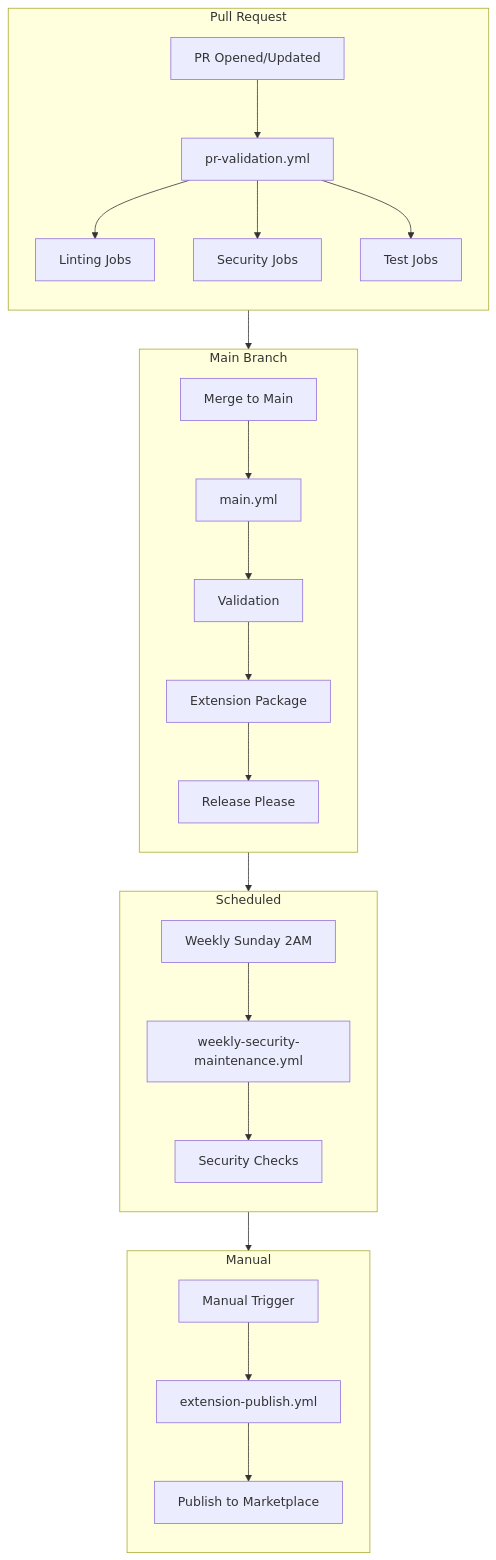
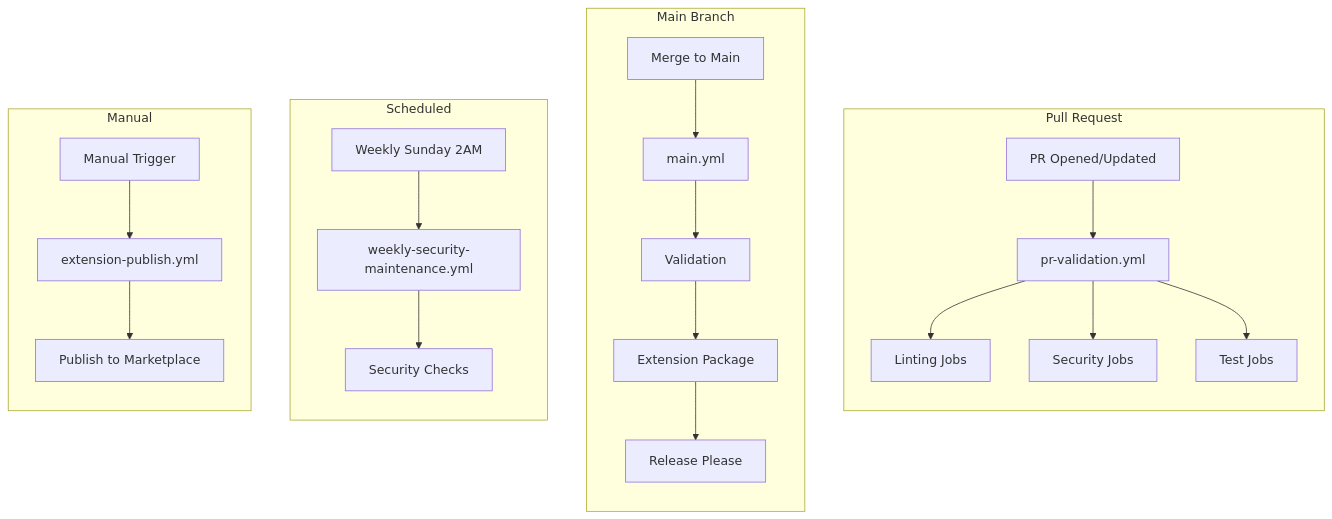
Before and after one commit to microsoft/hve-core: the first of 4 diagrams in docs/architecture/workflows.md, drawn with Mermaid. The commit also changed 2 other files, not shown here.

Commit message:
fix(docs): address code review comments
- correct prompts count from 19 to 18 in README.md
- remove misleading sequential arrows in workflows.md diagram
- fix broken fragment link to #activation-context in docs/README.md

🔧 - Generated by Copilot

````diff
--- a/docs/architecture/workflows.md
+++ b/docs/architecture/workflows.md
@@ -13,34 +13,30 @@
 ```mermaid
 flowchart TD
     subgraph PR["Pull Request"]
         direction TB
         PR1[PR Opened/Updated] --> PV[pr-validation.yml]
         PV --> LINT[Linting Jobs]
         PV --> SEC[Security Jobs]
         PV --> TEST[Test Jobs]
     end
 
     subgraph MAIN["Main Branch"]
         direction TB
         MERGE[Merge to Main] --> MN[main.yml]
         MN --> VAL[Validation]
         VAL --> PKG[Extension Package]
         PKG --> REL[Release Please]
     end
 
     subgraph SCHED["Scheduled"]
         direction TB
         CRON[Weekly Sunday 2AM] --> WEEKLY[weekly-security-maintenance.yml]
         WEEKLY --> SECCHECK[Security Checks]
     end
 
     subgraph MANUAL["Manual"]
         direction TB
         DISPATCH[Manual Trigger] --> PUB[extension-publish.yml]
         PUB --> VSCE[Publish to Marketplace]
     end
-
-    PR --> MAIN
-    MAIN --> SCHED
-    SCHED --> MANUAL
 ```
````
